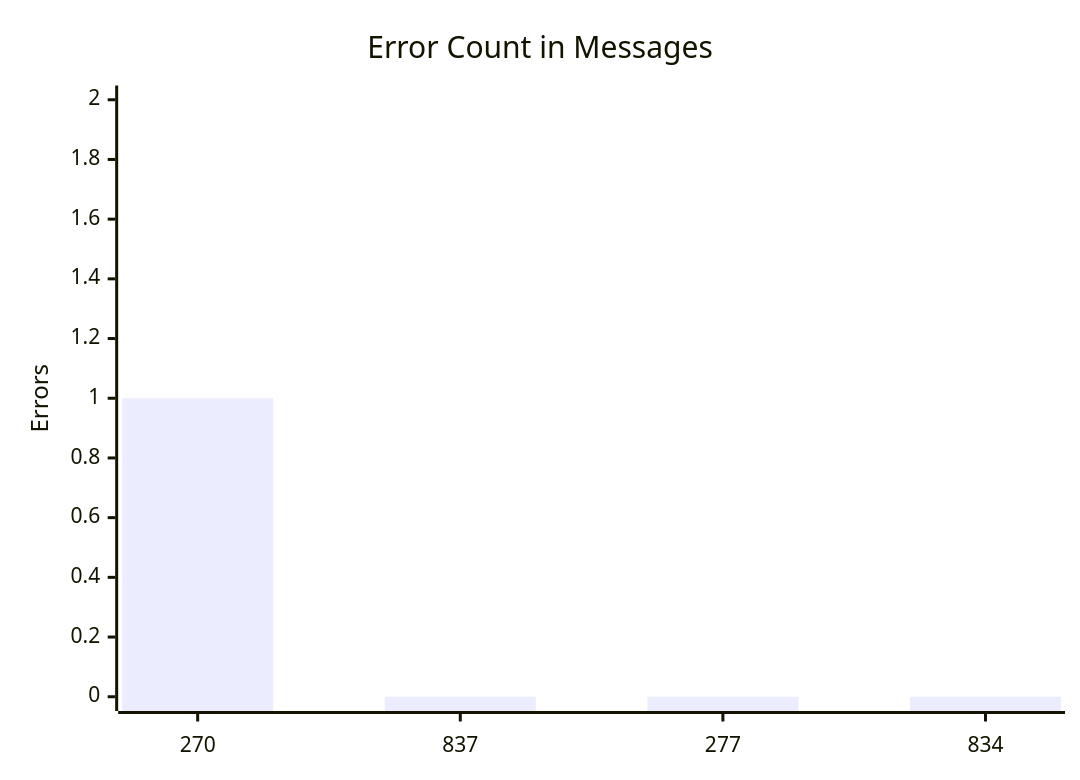
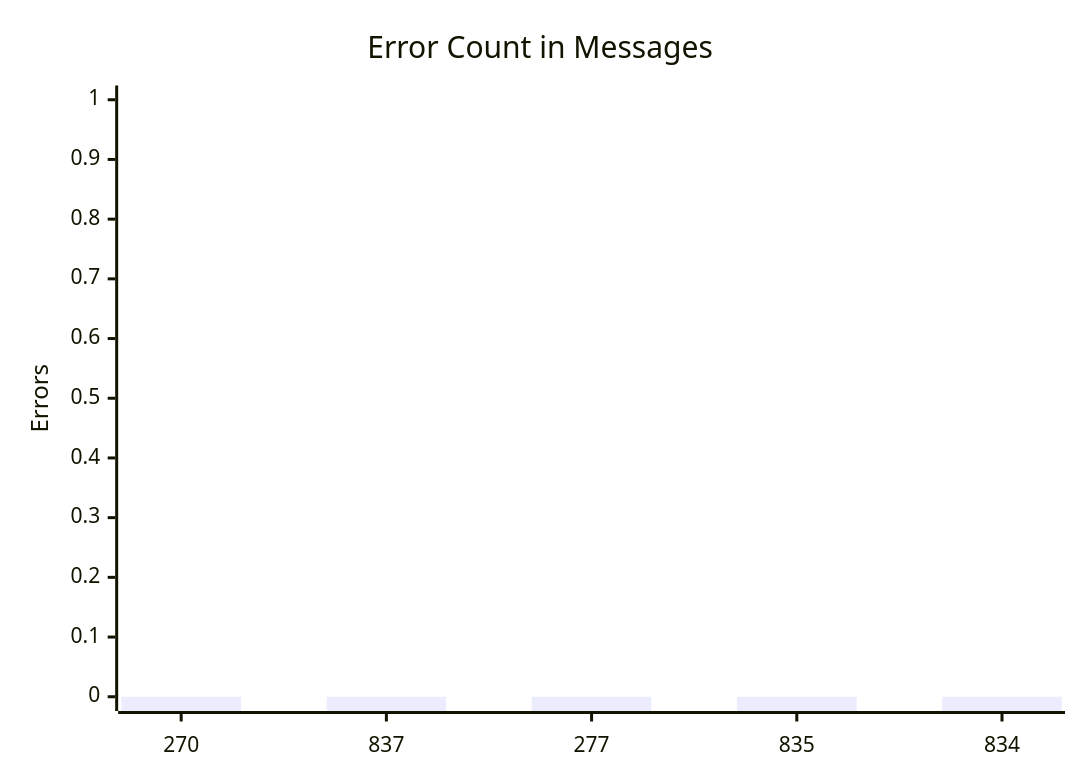
Before and after one commit to dhagan-va/intern-2025: the third of 10 diagrams in test-tools/DataGen/src/Statistics_Visualizer.md, drawn with Mermaid. The commit also changed other lines of this file and 5 other files, not shown here.

````diff
--- a/test-tools/DataGen/src/Statistics_Visualizer.md
+++ b/test-tools/DataGen/src/Statistics_Visualizer.md
@@ -39,7 +40,7 @@
 ```mermaid
 xychart-beta
     title "Error Count in Messages"
-    x-axis ["270", "837", "277", "834"]
-    y-axis "Errors" 0 --> 2
-    bar [1, 0, 0, 0]
+    x-axis ["270", "837", "277", "835", "834"]
+    y-axis "Errors" 0 --> 1
+    bar [0, 0, 0, 0, 0]
 ```
````
